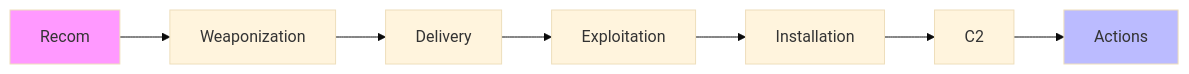
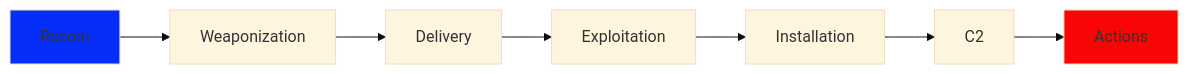
The first of 2 diagrams in README.md (K921-cyber/cybersecurity-basics), drawn with Mermaid (base theme) before and after one commit.

````diff
--- a/README.md
+++ b/README.md
@@ -57,12 +57,12 @@
 ```mermaid
 graph LR
     A[Recom] --> B[Weaponization]
     B --> C[Delivery]
     C --> D[Exploitation]
     D --> E[Installation]
     E --> F[C2]
     F --> G[Actions]
 
-    style A fill:#f9f
-    style G fill:#bbf
+    style A fill:#052efa
+    style G fill:#fa0505
 ```
````
